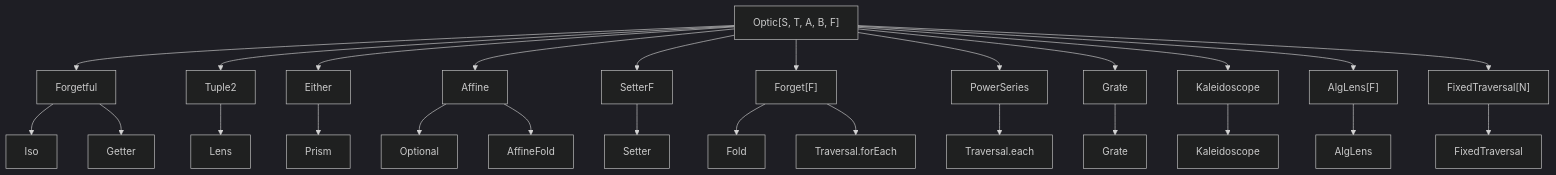
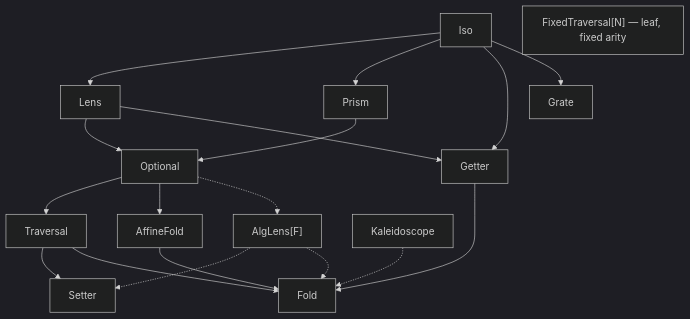
Before and after one commit to Constructive-Programming/eo: the diagram in site/docs/optics.md, drawn with Mermaid (dark theme). The commit also changed other lines of this file, not shown here.

````diff
--- a/site/docs/optics.md
+++ b/site/docs/optics.md
@@ -14,43 +20,54 @@
 ```mermaid
 flowchart TD
-  root["Optic[S, T, A, B, F]"]
-  root --> Forgetful
-  root --> Tuple2
-  root --> Either
-  root --> Affine
-  root --> SetterF
-  root --> ForgetF["Forget[F]"]
-  root --> PowerSeries
-  root --> Grate
-  root --> Kaleidoscope
-  root --> AlgLensF["AlgLens[F]"]
-  root --> FixedN["FixedTraversal[N]"]
-  Forgetful --> Iso
-  Forgetful --> Getter
-  Tuple2 --> Lens
-  Either --> Prism
-  Affine --> Optional
-  Affine --> AffineFold
-  SetterF --> Setter
-  ForgetF --> Fold
-  ForgetF --> TraversalForEach["Traversal.forEach"]
-  PowerSeries --> TraversalEach["Traversal.each"]
-  Grate --> GrateLeaf["Grate"]
-  Kaleidoscope --> KaleidoscopeLeaf["Kaleidoscope"]
-  AlgLensF --> AlgLensLeaf["AlgLens"]
-  FixedN --> FixedLeaf["FixedTraversal"]
+  %% Read-write spine — Iso ⊏ {Lens, Prism} ⊏ Optional ⊏ Traversal ⊏ Setter.
+  %% Each downward edge is a native specialisation; composing two adjacent
+  %% families lands at the lower node by following both arrows down.
+  Iso --> Lens
+  Iso --> Prism
+  Lens --> Optional
+  Prism --> Optional
+  Optional --> Traversal
+  Traversal --> Setter
+
+  %% Read-only branch — drops the write side (T = Unit). Every read-write
+  %% family has a read-only counterpart that fans into Fold.
+  Iso --> Getter
+  Lens --> Getter
+  Optional --> AffineFold
+  Getter --> Fold
+  AffineFold --> Fold
+  Traversal --> Fold
+
+  %% eo-only families that don't fit the classical lattice.
+  %% Iso → Grate is the only natural inbound edge to Grate
+  %% (gap analysis §0.3).
+  Iso --> Grate
+
+  %% AlgLens[F] and Kaleidoscope are composition sinks: inbound
+  %% bridges from the classical families exist but no outbound
+  %% Composer ships. Dotted edges mark *degraded* conversions
+  %% (the fold loses classifier or applicative shape).
+  Optional -.-> AlgLens["AlgLens[F]"]
+  AlgLens -.-> Setter
+  AlgLens -.-> Fold
+  Kaleidoscope -.-> Fold
+
+  %% FixedTraversal[N] sits beside Traversal, not below: same rebuild
+  %% semantics, fixed arity, but no Composer in or out
+  %% (composition-terminal leaf).
+  FixedTraversal["FixedTraversal[N] — leaf, fixed arity"]
+
   click Iso "#iso"
-  click Getter "#getter"
   click Lens "#lens"
   click Prism "#prism"
   click Optional "#optional"
+  click Traversal "#traversal"
+  click Setter "#setter"
+  click Getter "#getter"
   click AffineFold "#affinefold"
-  click Setter "#setter"
   click Fold "#fold"
-  click TraversalForEach "#traversal"
-  click TraversalEach "#traversal"
-  click GrateLeaf "#grate"
-  click KaleidoscopeLeaf "#kaleidoscope"
-  click AlgLensLeaf "#alglens"
-  click FixedLeaf "#traversal"
+  click Grate "#grate"
+  click AlgLens "#alglens"
+  click Kaleidoscope "#kaleidoscope"
+  click FixedTraversal "#traversal"
 ```
````
